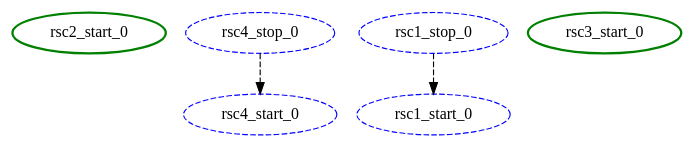
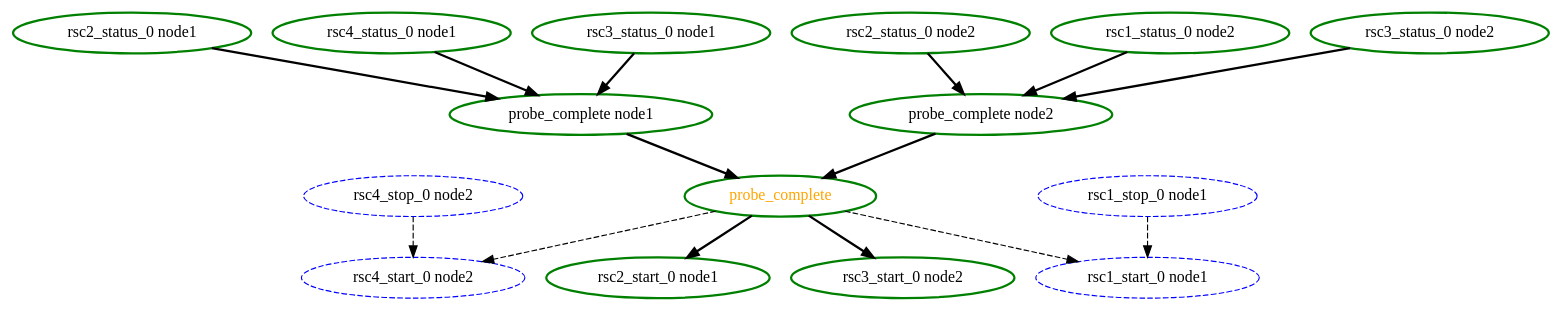
The diagram in crm/pengine/testcases/rsc_dep2.dot (richiewen8/heartbeat), drawn with Graphviz before and after one commit. The commit also changed 229 other files, not shown here.

```diff
--- a/crm/pengine/testcases/rsc_dep2.dot
+++ b/crm/pengine/testcases/rsc_dep2.dot
@@ -1,11 +1,32 @@
 digraph "g" {
 	size = "30,30"
-"rsc2_start_0" [ tooltip="node1" style=bold color="green" fontcolor="black" ]
-"rsc4_stop_0" [ style="dashed" color="blue" fontcolor="black" ]
-"rsc4_start_0" [ style="dashed" color="blue" fontcolor="black" ]
-"rsc1_stop_0" [ style="dashed" color="blue" fontcolor="black" ]
-"rsc1_start_0" [ style="dashed" color="blue" fontcolor="black" ]
-"rsc3_start_0" [ tooltip="node2" style=bold color="green" fontcolor="black" ]
-"rsc4_stop_0" -> "rsc4_start_0" [ style = dashed]
-"rsc1_stop_0" -> "rsc1_start_0" [ style = dashed]
+"probe_complete" [ style=bold color="green" fontcolor="orange" ]
+"probe_complete node1" [ style=bold color="green" fontcolor="black" ]
+"rsc2_status_0 node1" [ style=bold color="green" fontcolor="black" ]
+"rsc4_status_0 node1" [ style=bold color="green" fontcolor="black" ]
+"rsc3_status_0 node1" [ style=bold color="green" fontcolor="black" ]
+"probe_complete node2" [ style=bold color="green" fontcolor="black" ]
+"rsc2_status_0 node2" [ style=bold color="green" fontcolor="black" ]
+"rsc1_status_0 node2" [ style=bold color="green" fontcolor="black" ]
+"rsc3_status_0 node2" [ style=bold color="green" fontcolor="black" ]
+"rsc2_start_0 node1" [ style=bold color="green" fontcolor="black" ]
+"rsc4_stop_0 node2" [ style="dashed" color="blue" fontcolor="black" ]
+"rsc4_start_0 node2" [ style="dashed" color="blue" fontcolor="black" ]
+"rsc1_stop_0 node1" [ style="dashed" color="blue" fontcolor="black" ]
+"rsc1_start_0 node1" [ style="dashed" color="blue" fontcolor="black" ]
+"rsc3_start_0 node2" [ style=bold color="green" fontcolor="black" ]
+"probe_complete node1" -> "probe_complete" [ style = bold]
+"probe_complete node2" -> "probe_complete" [ style = bold]
+"rsc2_status_0 node1" -> "probe_complete node1" [ style = bold]
+"rsc4_status_0 node1" -> "probe_complete node1" [ style = bold]
+"rsc3_status_0 node1" -> "probe_complete node1" [ style = bold]
+"rsc2_status_0 node2" -> "probe_complete node2" [ style = bold]
+"rsc1_status_0 node2" -> "probe_complete node2" [ style = bold]
+"rsc3_status_0 node2" -> "probe_complete node2" [ style = bold]
+"probe_complete" -> "rsc2_start_0 node1" [ style = bold]
+"probe_complete" -> "rsc4_start_0 node2" [ style = dashed]
+"rsc4_stop_0 node2" -> "rsc4_start_0 node2" [ style = dashed]
+"probe_complete" -> "rsc1_start_0 node1" [ style = dashed]
+"rsc1_stop_0 node1" -> "rsc1_start_0 node1" [ style = dashed]
+"probe_complete" -> "rsc3_start_0 node2" [ style = bold]
 }
```
